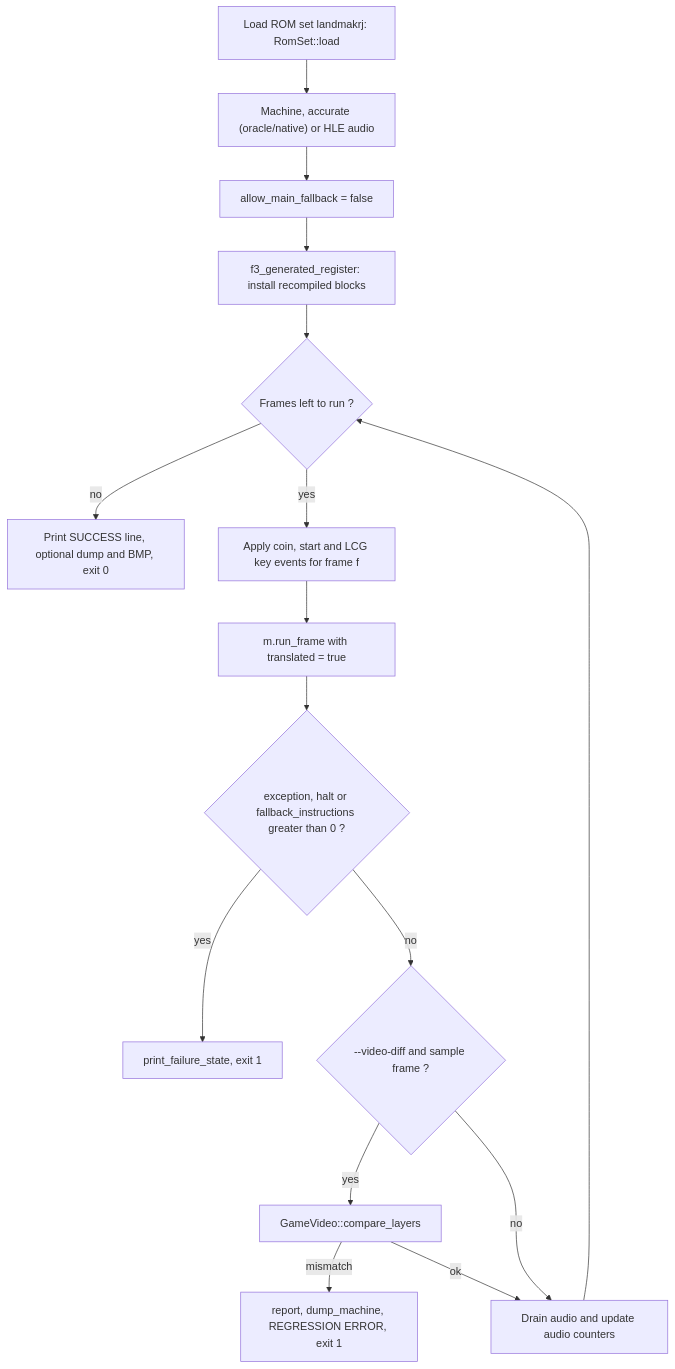
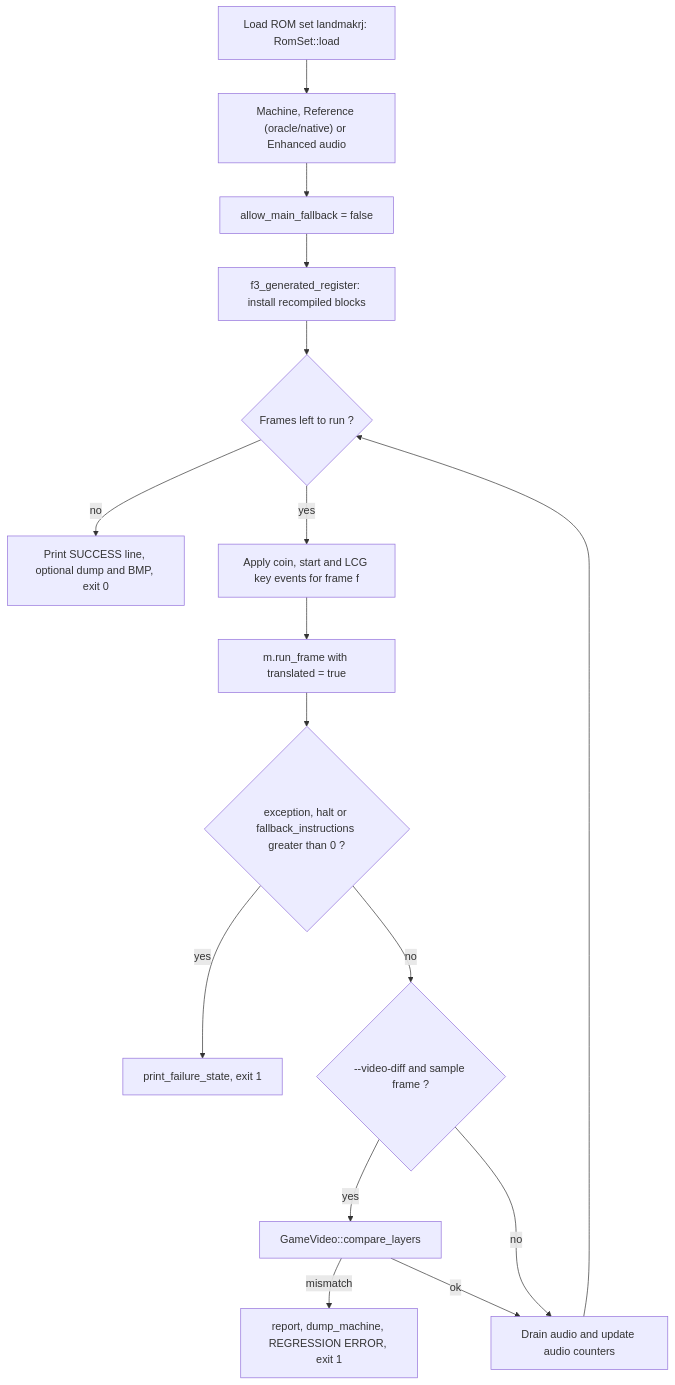
The diagram in docs/site/developer/testing/gameplay-regression.md (ansxor/f3-recomp), drawn with Mermaid before and after one commit. The commit also changed other lines of this file and 319 other files, not shown here.

````diff
--- a/docs/site/developer/testing/gameplay-regression.md
+++ b/docs/site/developer/testing/gameplay-regression.md
@@ -80,18 +80,18 @@
 ```mermaid
 flowchart TD
-    A["Load ROM set landmakrj: RomSet::load"] --> B["Machine, accurate (oracle/native) or HLE audio"]
+    A["Load ROM set landmakrj: RomSet::load"] --> B["Machine, Reference (oracle/native) or Enhanced audio"]
     B --> C["allow_main_fallback = false"]
     C --> D["f3_generated_register: install recompiled blocks"]
     D --> E{"Frames left to run ?"}
     E -->|"no"| Z["Print SUCCESS line, optional dump and BMP, exit 0"]
     E -->|"yes"| F["Apply coin, start and LCG key events for frame f"]
     F --> G["m.run_frame with translated = true"]
     G --> H{"exception, halt or fallback_instructions greater than 0 ?"}
     H -->|"yes"| X["print_failure_state, exit 1"]
     H -->|"no"| I{"--video-diff and sample frame ?"}
     I -->|"yes"| J["GameVideo::compare_layers"]
     J -->|"mismatch"| X2["report, dump_machine, REGRESSION ERROR, exit 1"]
     J -->|"ok"| K["Drain audio and update audio counters"]
     I -->|"no"| K
     K --> E
 ```
````
